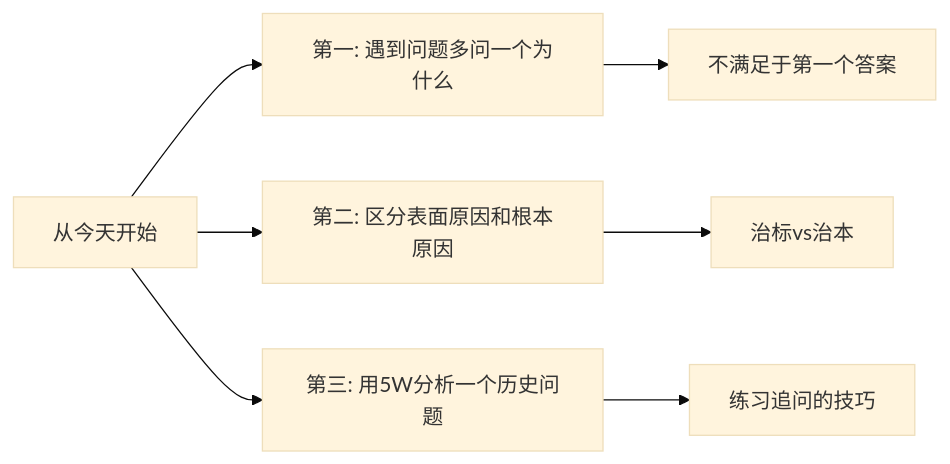
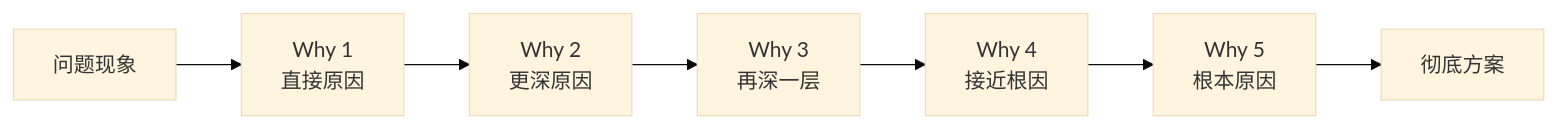
One commit to chongyang211/YCBookBlog changed the diagram in packages/website/13.书籍/05.自我精进·成事/03.事中执行/07.五问根因分析法.md. Above: the diagram before and after it, drawn with Mermaid (base theme). The commit also changed other lines of this file and 62 other files, not shown here.

````diff
--- a/packages/website/13.书籍/05.自我精进·成事/03.事中执行/07.五问根因分析法.md
+++ b/packages/website/13.书籍/05.自我精进·成事/03.事中执行/07.五问根因分析法.md
@@ -227,9 +71,9 @@
 ```mermaid
 graph LR
-    A[从今天开始] --> B[第一: 遇到问题多问一个为什么]
-    A --> C[第二: 区分表面原因和根本原因]
-    A --> D[第三: 用5W分析一个历史问题]
-    B --> B1[不满足于第一个答案]
-    C --> C1[治标vs治本]
-    D --> D1[练习追问的技巧]
+    P[问题现象] --> W1[Why 1<br/>直接原因]
+    W1 --> W2[Why 2<br/>更深原因]
+    W2 --> W3[Why 3<br/>再深一层]
+    W3 --> W4[Why 4<br/>接近根因]
+    W4 --> W5[Why 5<br/>根本原因]
+    W5 --> S[彻底方案]
 ```
````
